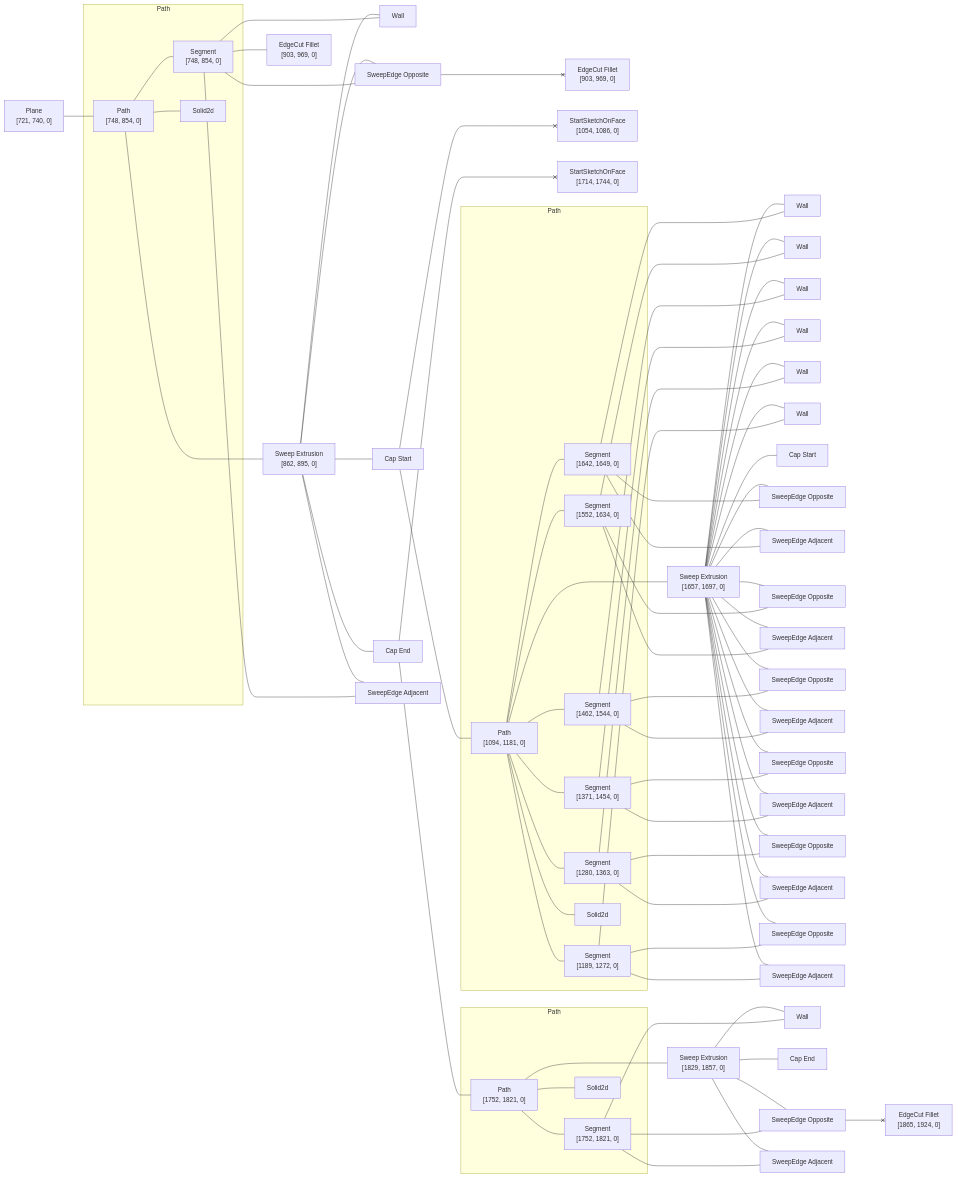
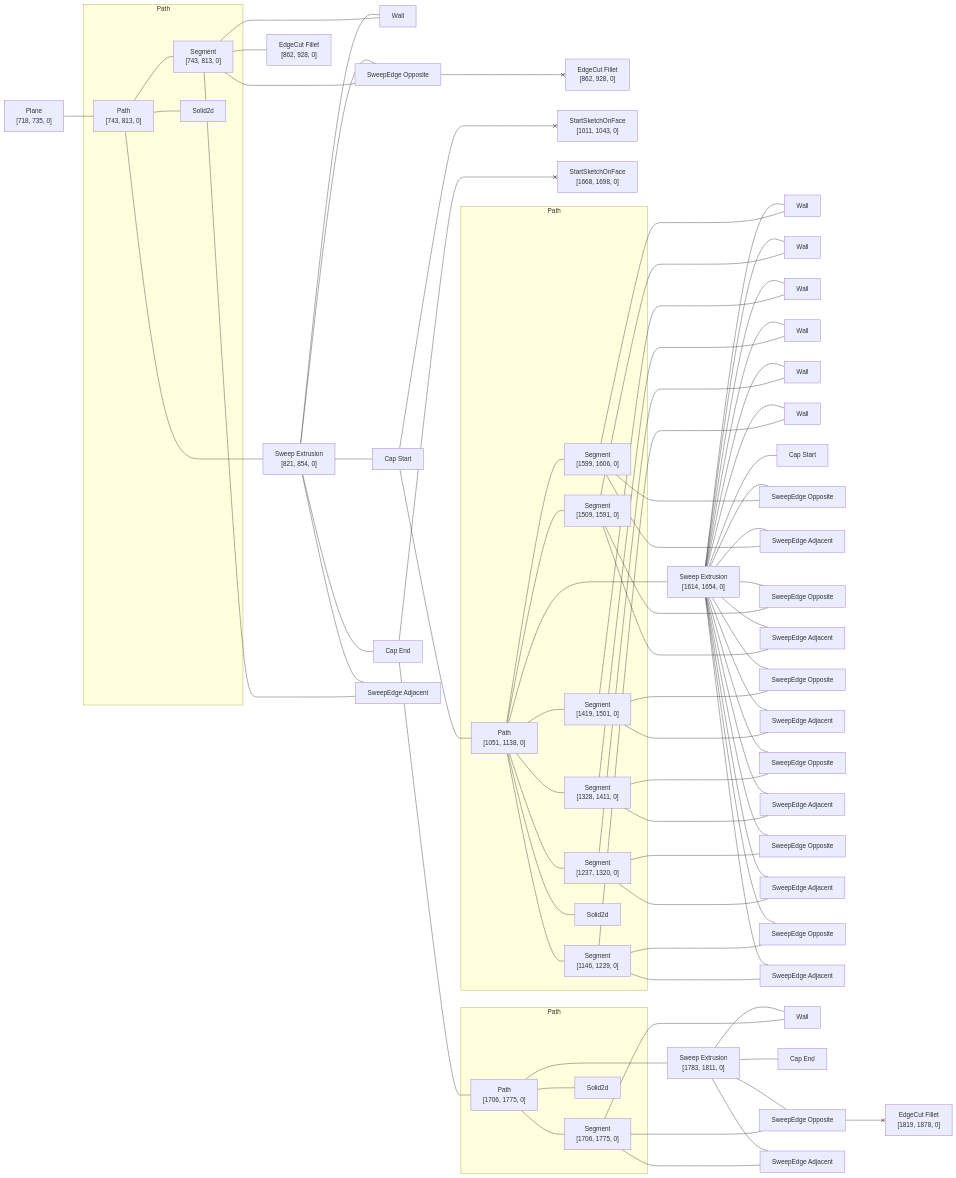
Before and after one commit to KittyCAD/modeling-app: the diagram in rust/kcl-lib/tests/kcl_samples/socket-head-cap-screw/artifact_graph_flowchart.snap.md, drawn with Mermaid. The commit also changed 134 other files, not shown here.

````diff
--- a/rust/kcl-lib/tests/kcl_samples/socket-head-cap-screw/artifact_graph_flowchart.snap.md
+++ b/rust/kcl-lib/tests/kcl_samples/socket-head-cap-screw/artifact_graph_flowchart.snap.md
@@ -1,35 +1,35 @@
 ```mermaid
 flowchart LR
   subgraph path2 [Path]
-    2["Path<br>[748, 854, 0]"]
-    3["Segment<br>[748, 854, 0]"]
+    2["Path<br>[743, 813, 0]"]
+    3["Segment<br>[743, 813, 0]"]
     4[Solid2d]
   end
   subgraph path13 [Path]
-    13["Path<br>[1094, 1181, 0]"]
-    14["Segment<br>[1189, 1272, 0]"]
-    15["Segment<br>[1280, 1363, 0]"]
-    16["Segment<br>[1371, 1454, 0]"]
-    17["Segment<br>[1462, 1544, 0]"]
-    18["Segment<br>[1552, 1634, 0]"]
-    19["Segment<br>[1642, 1649, 0]"]
+    13["Path<br>[1051, 1138, 0]"]
+    14["Segment<br>[1146, 1229, 0]"]
+    15["Segment<br>[1237, 1320, 0]"]
+    16["Segment<br>[1328, 1411, 0]"]
+    17["Segment<br>[1419, 1501, 0]"]
+    18["Segment<br>[1509, 1591, 0]"]
+    19["Segment<br>[1599, 1606, 0]"]
     20[Solid2d]
   end
   subgraph path41 [Path]
-    41["Path<br>[1752, 1821, 0]"]
-    42["Segment<br>[1752, 1821, 0]"]
+    41["Path<br>[1706, 1775, 0]"]
+    42["Segment<br>[1706, 1775, 0]"]
     43[Solid2d]
   end
-  1["Plane<br>[721, 740, 0]"]
-  5["Sweep Extrusion<br>[862, 895, 0]"]
+  1["Plane<br>[718, 735, 0]"]
+  5["Sweep Extrusion<br>[821, 854, 0]"]
   6[Wall]
   7["Cap Start"]
   8["Cap End"]
   9["SweepEdge Opposite"]
   10["SweepEdge Adjacent"]
-  11["EdgeCut Fillet<br>[903, 969, 0]"]
-  12["EdgeCut Fillet<br>[903, 969, 0]"]
-  21["Sweep Extrusion<br>[1657, 1697, 0]"]
+  11["EdgeCut Fillet<br>[862, 928, 0]"]
+  12["EdgeCut Fillet<br>[862, 928, 0]"]
+  21["Sweep Extrusion<br>[1614, 1654, 0]"]
   22[Wall]
   23[Wall]
   24[Wall]
@@ -49,14 +49,14 @@
   38["SweepEdge Adjacent"]
   39["SweepEdge Opposite"]
   40["SweepEdge Adjacent"]
-  44["Sweep Extrusion<br>[1829, 1857, 0]"]
+  44["Sweep Extrusion<br>[1783, 1811, 0]"]
   45[Wall]
   46["Cap End"]
   47["SweepEdge Opposite"]
   48["SweepEdge Adjacent"]
-  49["EdgeCut Fillet<br>[1865, 1924, 0]"]
-  50["StartSketchOnFace<br>[1054, 1086, 0]"]
-  51["StartSketchOnFace<br>[1714, 1744, 0]"]
+  49["EdgeCut Fillet<br>[1819, 1878, 0]"]
+  50["StartSketchOnFace<br>[1011, 1043, 0]"]
+  51["StartSketchOnFace<br>[1668, 1698, 0]"]
   1 --- 2
   2 --- 3
   2 ---- 5
````
